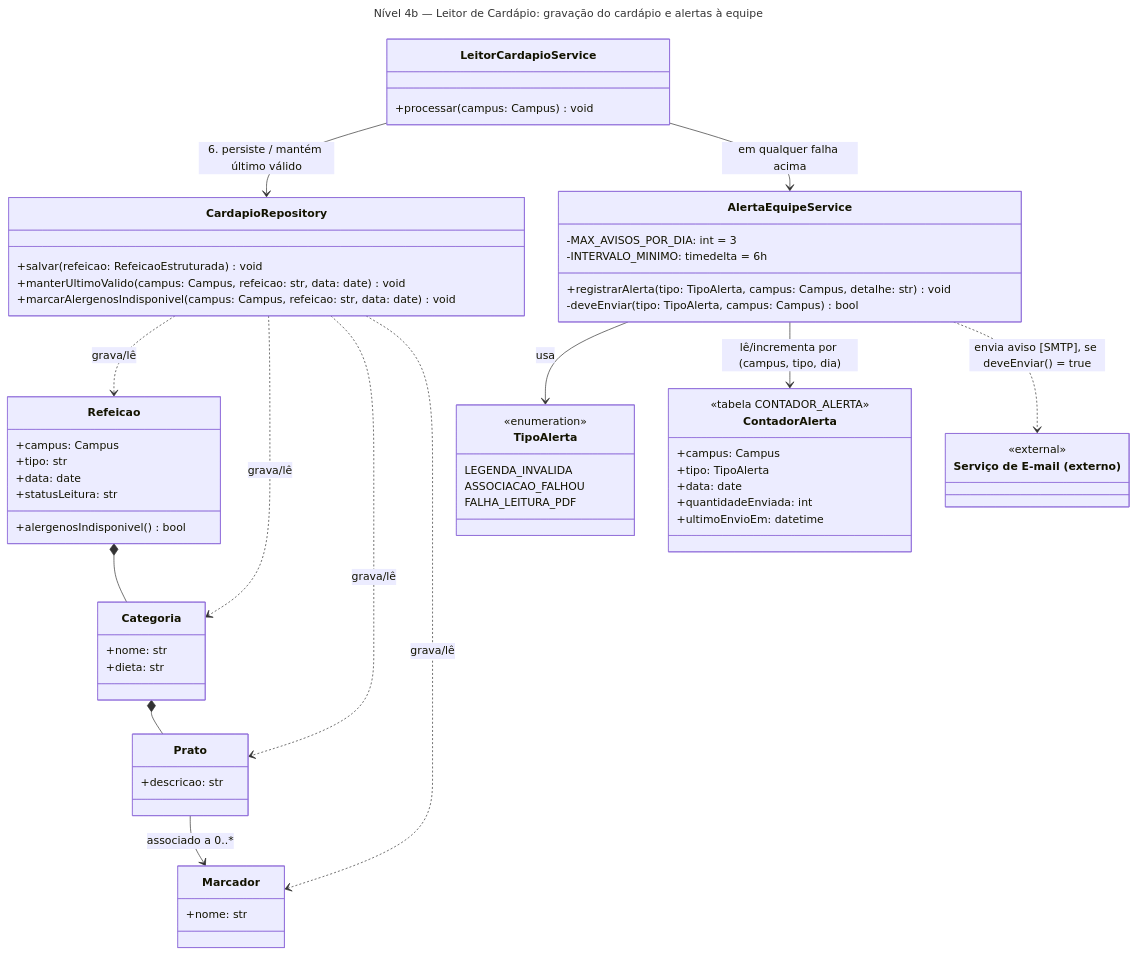
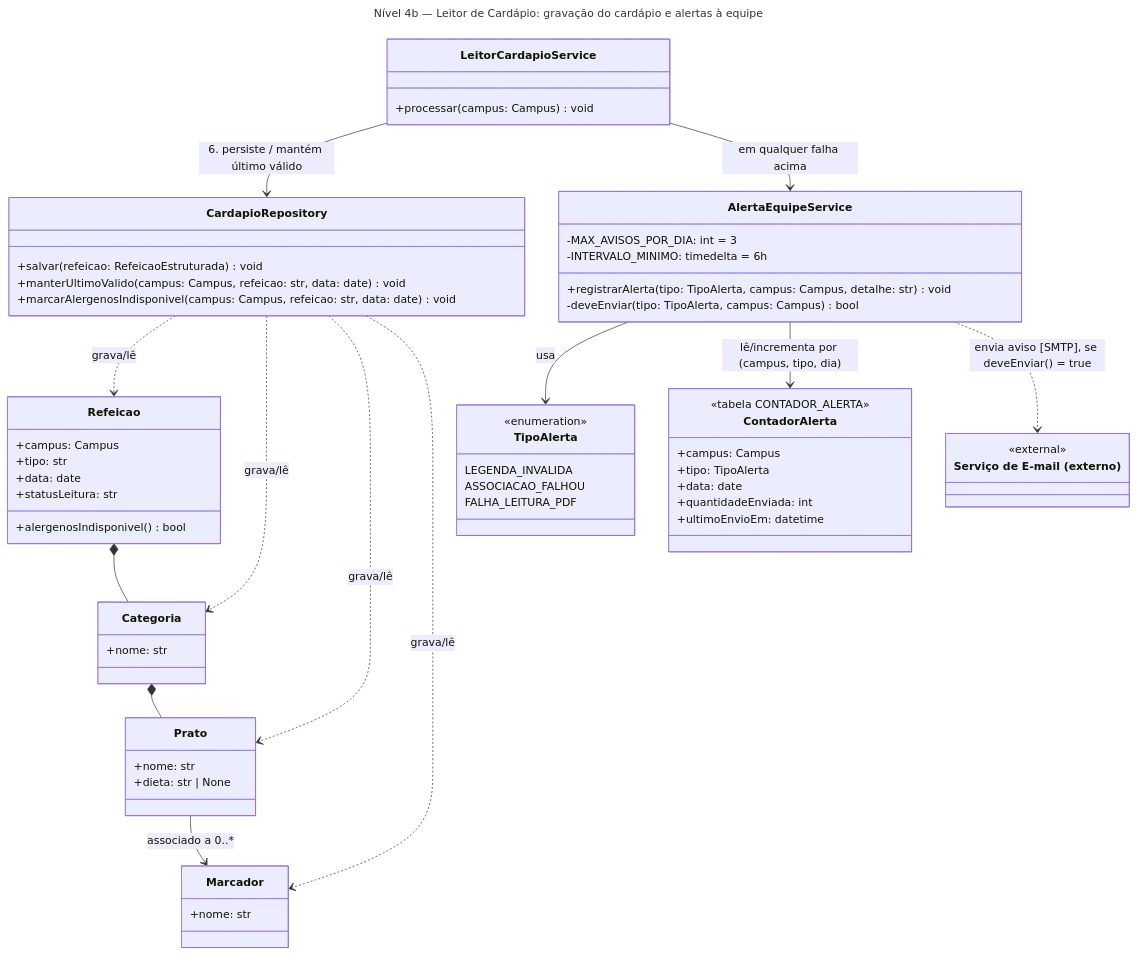
One commit to unb-mds/2026-2-Bandejao-UnB changed the second of 2 diagrams in docs/arquitetura/backend/c4-nivel-4-leitor-cardapio.md. Above: the diagram before and after it, drawn with Mermaid. The commit also changed other lines of this file and 1 other file, not shown here.

````diff
--- a/docs/arquitetura/backend/c4-nivel-4-leitor-cardapio.md
+++ b/docs/arquitetura/backend/c4-nivel-4-leitor-cardapio.md
@@ -139,67 +139,67 @@
 ```mermaid
 ---
 title: "Nível 4b — Leitor de Cardápio: gravação do cardápio e alertas à equipe"
 ---
 classDiagram
   class LeitorCardapioService {
     +processar(campus: Campus) void
   }
   class CardapioRepository {
     +salvar(refeicao: RefeicaoEstruturada) void
     +manterUltimoValido(campus: Campus, refeicao: str, data: date) void
     +marcarAlergenosIndisponivel(campus: Campus, refeicao: str, data: date) void
   }
   class Refeicao {
     +campus: Campus
     +tipo: str
     +data: date
     +statusLeitura: str
     +alergenosIndisponivel() bool
   }
   class Categoria {
     +nome: str
-    +dieta: str
   }
   class Prato {
-    +descricao: str
+    +nome: str
+    +dieta: str | None
   }
   class Marcador {
     +nome: str
   }
   class AlertaEquipeService {
     +registrarAlerta(tipo: TipoAlerta, campus: Campus, detalhe: str) void
     -deveEnviar(tipo: TipoAlerta, campus: Campus) bool
     -MAX_AVISOS_POR_DIA: int = 3
     -INTERVALO_MINIMO: timedelta = 6h
   }
   class TipoAlerta {
     <<enumeration>>
     LEGENDA_INVALIDA
     ASSOCIACAO_FALHOU
     FALHA_LEITURA_PDF
   }
   class ContadorAlerta {
     <<tabela CONTADOR_ALERTA>>
     +campus: Campus
     +tipo: TipoAlerta
     +data: date
     +quantidadeEnviada: int
     +ultimoEnvioEm: datetime
   }
   class EmailSvc["Serviço de E-mail (externo)"] {
     <<external>>
   }
 
   LeitorCardapioService --> CardapioRepository : 6. persiste / mantém último válido
   LeitorCardapioService --> AlertaEquipeService : em qualquer falha acima
   AlertaEquipeService --> TipoAlerta : usa
   AlertaEquipeService --> ContadorAlerta : lê/incrementa por (campus, tipo, dia)
   AlertaEquipeService ..> EmailSvc : envia aviso [SMTP], se deveEnviar() = true
   CardapioRepository ..> Refeicao : grava/lê
   CardapioRepository ..> Categoria : grava/lê
   CardapioRepository ..> Prato : grava/lê
   CardapioRepository ..> Marcador : grava/lê
   Refeicao *-- Categoria
   Categoria *-- Prato
   Prato --> Marcador : associado a 0..*
 ```
````
